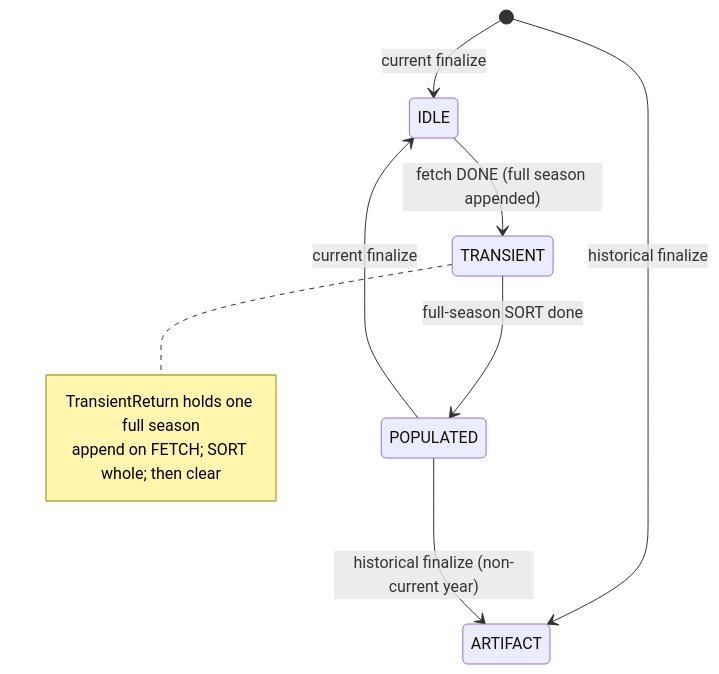
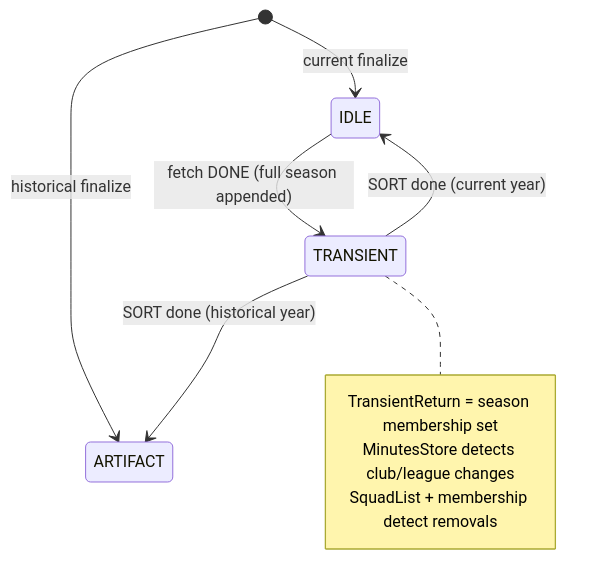
Before and after one commit to Isla-Labs/hp-contracts: the second of 2 diagrams in src/data/eligibility/squadsWorkflowPlan.md, drawn with Mermaid. The commit also changed other lines of this file and 3 other files, not shown here.

````diff
--- a/src/data/eligibility/squadsWorkflowPlan.md
+++ b/src/data/eligibility/squadsWorkflowPlan.md
@@ -182,15 +185,15 @@
 ```mermaid
 stateDiagram-v2
     [*] --> IDLE: current finalize
     [*] --> ARTIFACT: historical finalize
 
     IDLE --> TRANSIENT: fetch DONE (full season appended)
-    TRANSIENT --> POPULATED: full-season SORT done
-    POPULATED --> IDLE: current finalize
-    POPULATED --> ARTIFACT: historical finalize (non-current year)
+    TRANSIENT --> IDLE: SORT done (current year)
+    TRANSIENT --> ARTIFACT: SORT done (historical year)
 
     note right of TRANSIENT
-      TransientReturn holds one full season
-      append on FETCH; SORT whole; then clear
+      TransientReturn = season membership set
+      MinutesStore detects club/league changes
+      SquadList + membership detect removals
     end note
 ```
````
